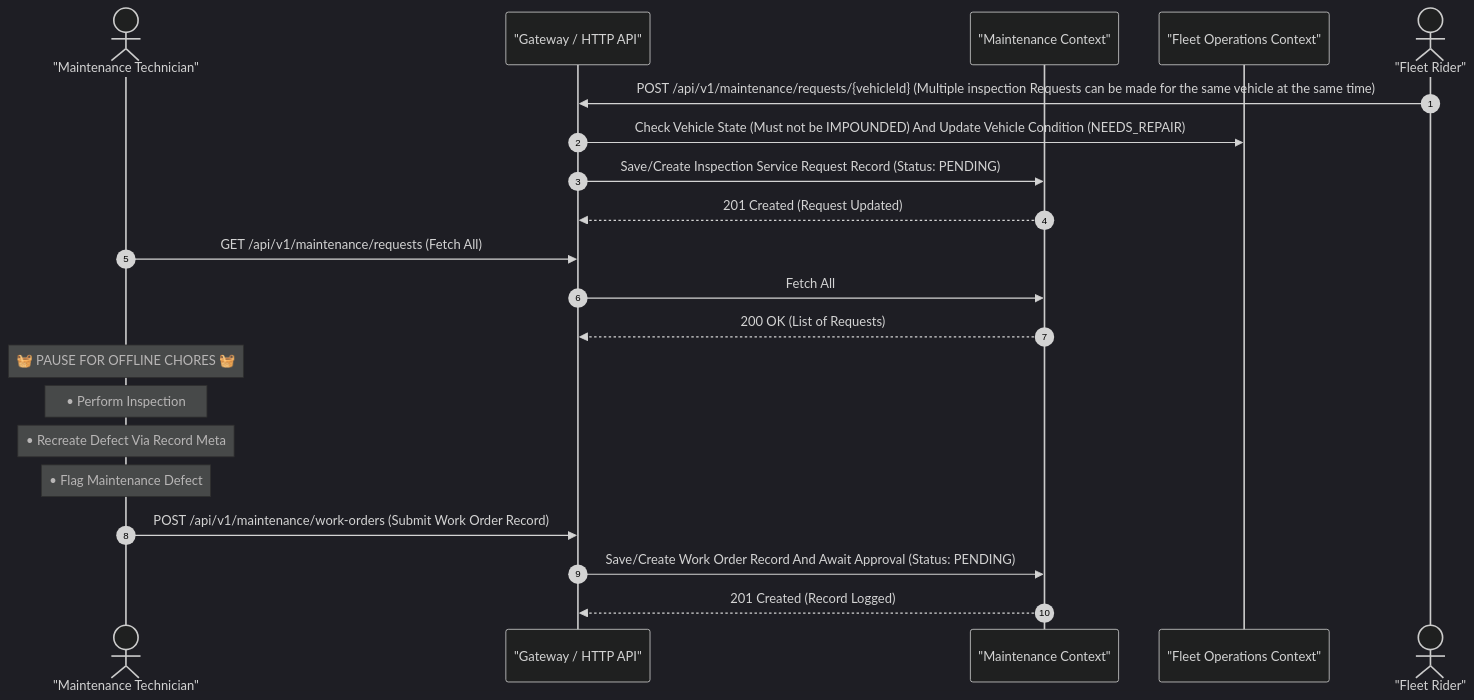
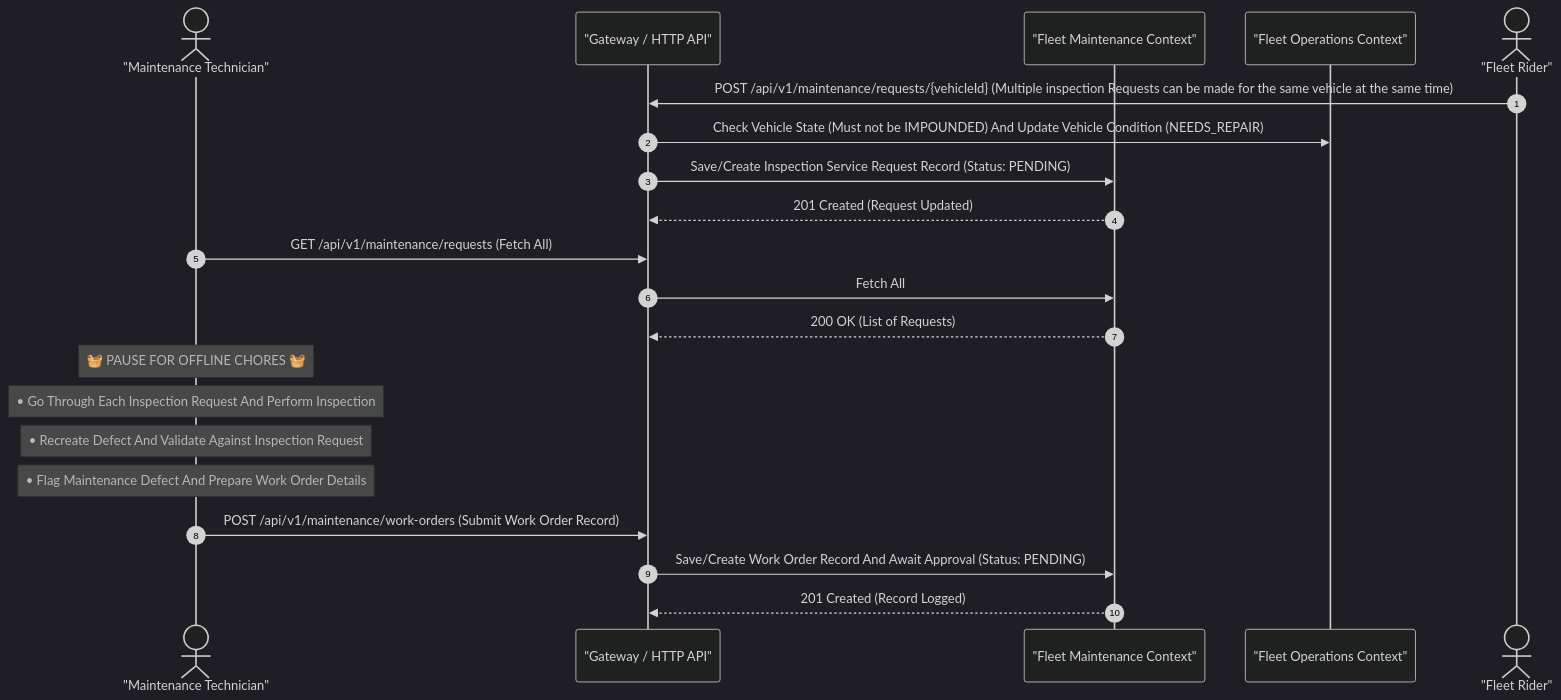
The sixth of 6 diagrams in README.md (isocroft/fleet-management-ontology), drawn with Mermaid (dark theme) before and after one commit. The commit also changed other lines of this file, not shown here.

First line of the commit message:
chore(docs): enhanced README with MERMAID files and structure updates

````diff
--- a/README.md
+++ b/README.md
@@ -424,27 +576,27 @@
 ```mermaid
 sequenceDiagram
     autonumber
     actor Tech as "Maintenance Technician"
     participant API as "Gateway / HTTP API"
-    participant OrderMod as "Maintenance Context"
+    participant OrderMod as "Fleet Maintenance Context"
     participant FleetMod as "Fleet Operations Context"
     actor Rider as "Fleet Rider"
 
     Rider->>API: POST /api/v1/maintenance/requests/{vehicleId} (Multiple inspection Requests can be made for the same vehicle at the same time)
     API->>FleetMod: Check Vehicle State (Must not be IMPOUNDED) And Update Vehicle Condition (NEEDS_REPAIR)
     API->>OrderMod: Save/Create Inspection Service Request Record (Status: PENDING)
     OrderMod-->>API: 201 Created (Request Updated)
 
     Tech->>API: GET /api/v1/maintenance/requests (Fetch All)
     API->>OrderMod: Fetch All
     OrderMod-->>API: 200 OK (List of Requests)
 
     Note over Tech: 🧺 PAUSE FOR OFFLINE CHORES 🧺
-    Note over Tech: • Perform Inspection
-    Note over Tech: • Recreate Defect Via Record Meta 
-    Note over Tech: • Flag Maintenance Defect
+    Note over Tech: • Go Through Each Inspection Request And Perform Inspection
+    Note over Tech: • Recreate Defect And Validate Against Inspection Request 
+    Note over Tech: • Flag Maintenance Defect And Prepare Work Order Details
     
     Tech->>API: POST /api/v1/maintenance/work-orders (Submit Work Order Record)
     API->>OrderMod: Save/Create Work Order Record And Await Approval (Status: PENDING)
     OrderMod-->>API: 201 Created (Record Logged)
 ```
````
